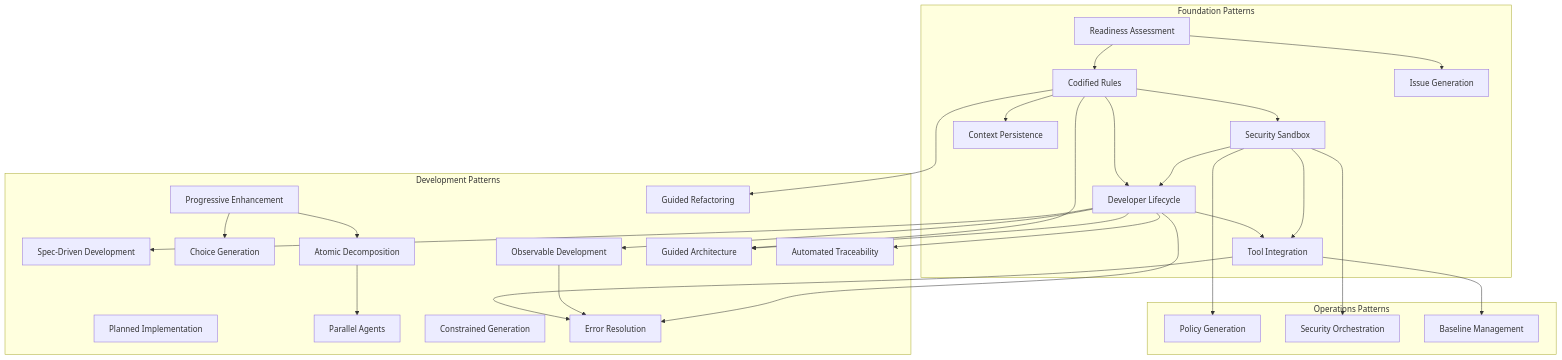
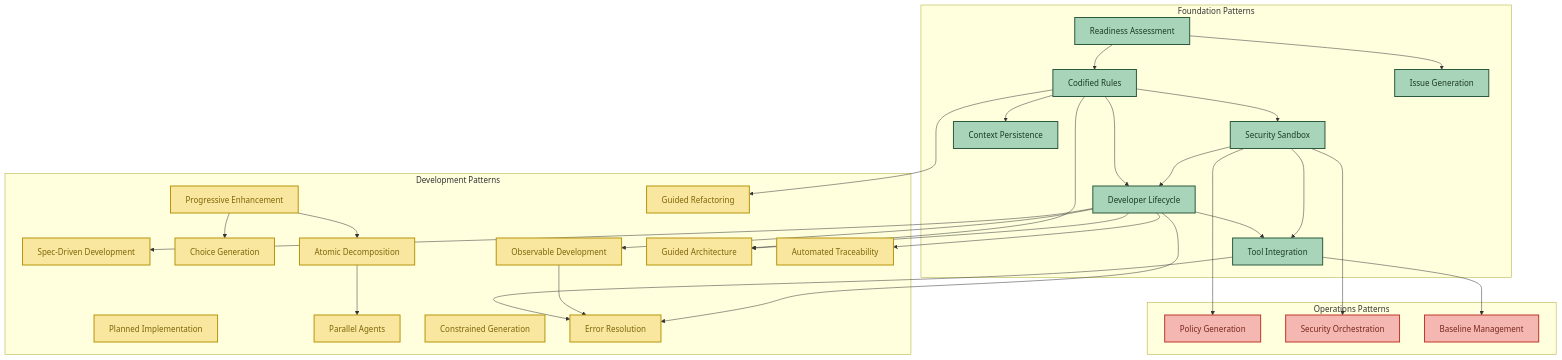
Before and after one commit to PaulDuvall/ai-development-patterns: the first of 13 diagrams in README.md, drawn with Mermaid. The commit also changed other lines of this file, not shown here.

Commit message:
style: add color coding to pattern dependency diagram
Apply distinct colors to pattern categories for better visual clarity:
- Green: Foundation patterns
- Yellow: Development patterns
- Pink/Red: Operations patterns

Added legend below diagram for quick reference.

🤖 Generated with [Claude Code](https://claude.com/claude-code)

````diff
--- a/README.md
+++ b/README.md
@@ -14,65 +14,74 @@
 ```mermaid
 graph TD
     %% FOUNDATION PATTERNS
     subgraph F1["Foundation Patterns"]
         RA[Readiness Assessment]
         CR[Codified Rules]
         SS[Security Sandbox]
         DL[Developer Lifecycle]
         TI[Tool Integration]
         IG[Issue Generation]
         CP[Context Persistence]
     end
 
     %% DEVELOPMENT PATTERNS
     subgraph D1["Development Patterns"]
         PI[Planned Implementation]
         PE[Progressive Enhancement]
         SD[Spec-Driven Development]
         CG[Choice Generation]
         AD[Atomic Decomposition]
         PA[Parallel Agents]
         CGN[Constrained Generation]
         OD[Observable Development]
         GR[Guided Refactoring]
         GA[Guided Architecture]
         AT[Automated Traceability]
         ER[Error Resolution]
     end
 
     %% OPERATIONS PATTERNS
     subgraph O1["Operations Patterns"]
         PG[Policy Generation]
         SO[Security Orchestration]
         BM[Baseline Management]
     end
 
     %% FOUNDATION DEPENDENCIES
     RA --> CR
     CR --> SS
     SS --> DL
     CR --> DL
     SS --> TI
     DL --> TI
     RA --> IG
     CR --> CP
 
     %% DEVELOPMENT DEPENDENCIES
     DL --> SD
     DL --> OD
     DL --> GA
     CR --> GA
     DL --> AT
     CR --> GR
     PE --> CG
     PE --> AD
     AD --> PA
     DL --> ER
     OD --> ER
     TI --> ER
 
     %% OPERATIONS DEPENDENCIES
     SS --> PG
     SS --> SO
     TI --> BM
+
+    %% STYLING
+    classDef foundation fill:#a8d5ba,stroke:#2d5a3f,stroke-width:2px,color:#1a3a25
+    classDef development fill:#f9e79f,stroke:#b7950b,stroke-width:2px,color:#7d6608
+    classDef operations fill:#f5b7b1,stroke:#c0392b,stroke-width:2px,color:#78281f
+
+    class RA,CR,SS,DL,TI,IG,CP foundation
+    class PI,PE,SD,CG,AD,PA,CGN,OD,GR,GA,AT,ER development
+    class PG,SO,BM operations
 ```
````
